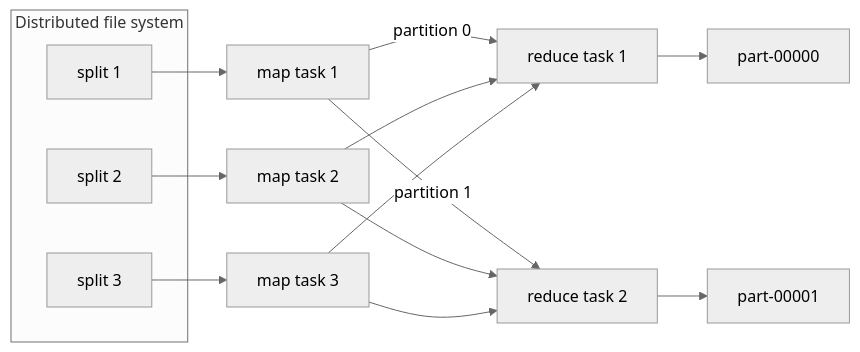
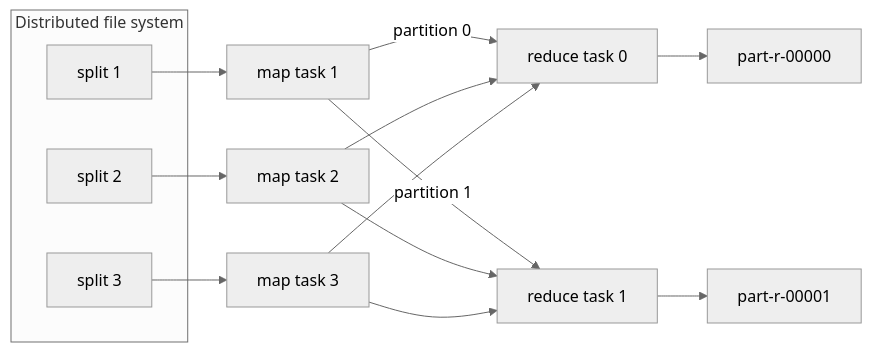
Before and after one commit to thull32/ascend: the diagram in content/tracks/10-big-data/01-batch-processing/01-mapreduce.md, drawn with Mermaid (neutral theme). The commit also changed other lines of this file and 96 other files, not shown here.

````diff
--- a/content/tracks/10-big-data/01-batch-processing/01-mapreduce.md
+++ b/content/tracks/10-big-data/01-batch-processing/01-mapreduce.md
@@ -37,19 +39,19 @@
 ```mermaid
 flowchart LR
   subgraph DFS["Distributed file system"]
     S1[split 1]
     S2[split 2]
     S3[split 3]
   end
   S1 --> M1[map task 1]
   S2 --> M2[map task 2]
   S3 --> M3[map task 3]
-  M1 -- "partition 0" --> R1[reduce task 1]
-  M1 -- "partition 1" --> R2[reduce task 2]
+  M1 -- "partition 0" --> R1[reduce task 0]
+  M1 -- "partition 1" --> R2[reduce task 1]
   M2 --> R1
   M2 --> R2
   M3 --> R1
   M3 --> R2
-  R1 --> O1[part-00000]
-  R2 --> O2[part-00001]
+  R1 --> O1[part-r-00000]
+  R2 --> O2[part-r-00001]
 ```
````
